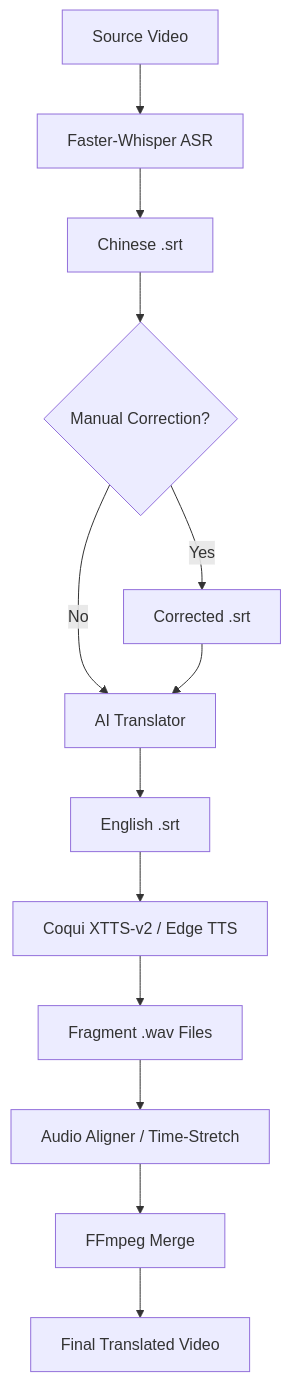
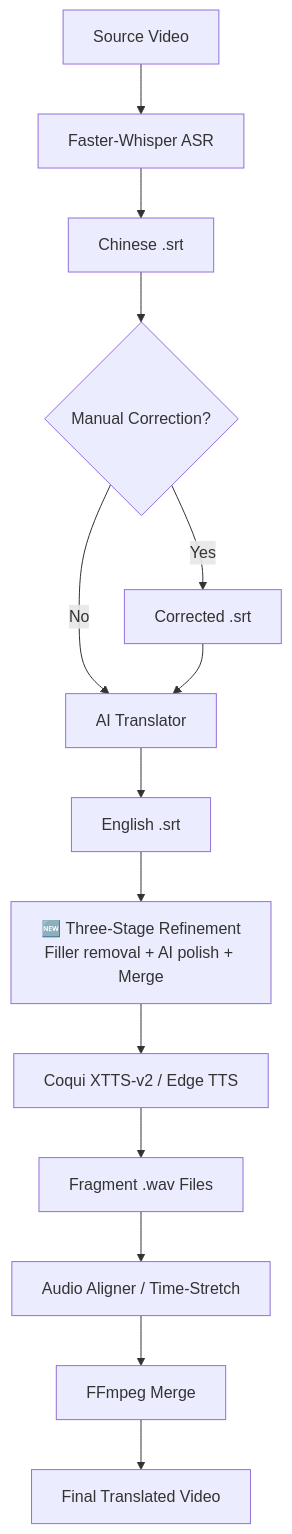
The diagram in README_EN.md (ddmanyes/Instructional-Video-Auto-Translation-System), drawn with Mermaid before and after one commit. The commit also changed other lines of this file and 8 other files, not shown here.

````diff
--- a/README_EN.md
+++ b/README_EN.md
@@ -26,15 +28,16 @@
 ```mermaid
 graph TD
     A[Source Video] --> B[Faster-Whisper ASR]
     B --> C[Chinese .srt]
     C --> D{Manual Correction?}
     D -- Yes --> E[Corrected .srt]
     D -- No --> F[AI Translator]
     E --> F
     F --> G[English .srt]
-    G --> H[Coqui XTTS-v2 / Edge TTS]
+    G --> G2["🆕 Three-Stage Refinement\nFiller removal + AI polish + Merge"]
+    G2 --> H[Coqui XTTS-v2 / Edge TTS]
     H --> I[Fragment .wav Files]
     I --> J[Audio Aligner / Time-Stretch]
     J --> K[FFmpeg Merge]
     K --> L[Final Translated Video]
 ```
````
